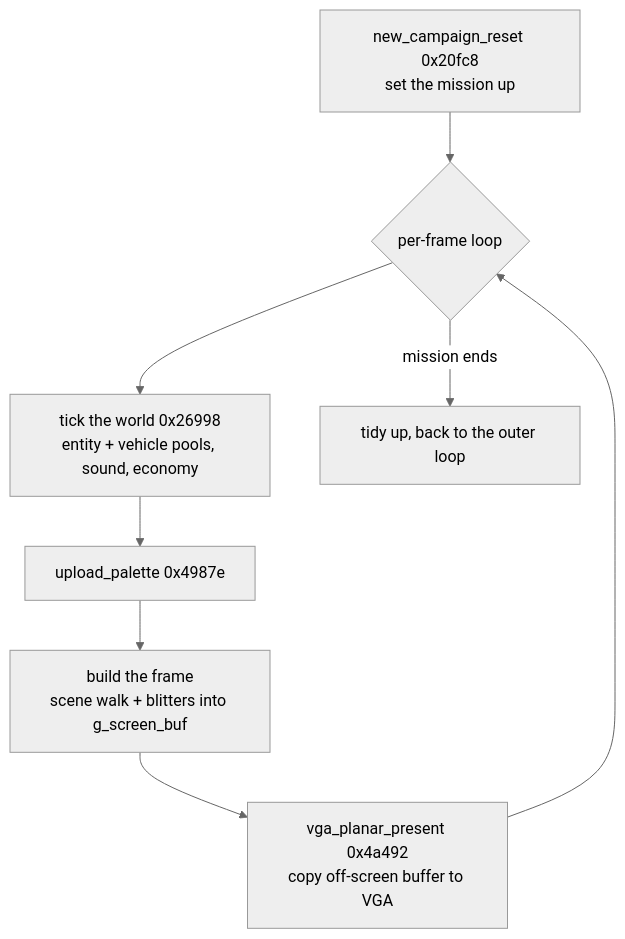
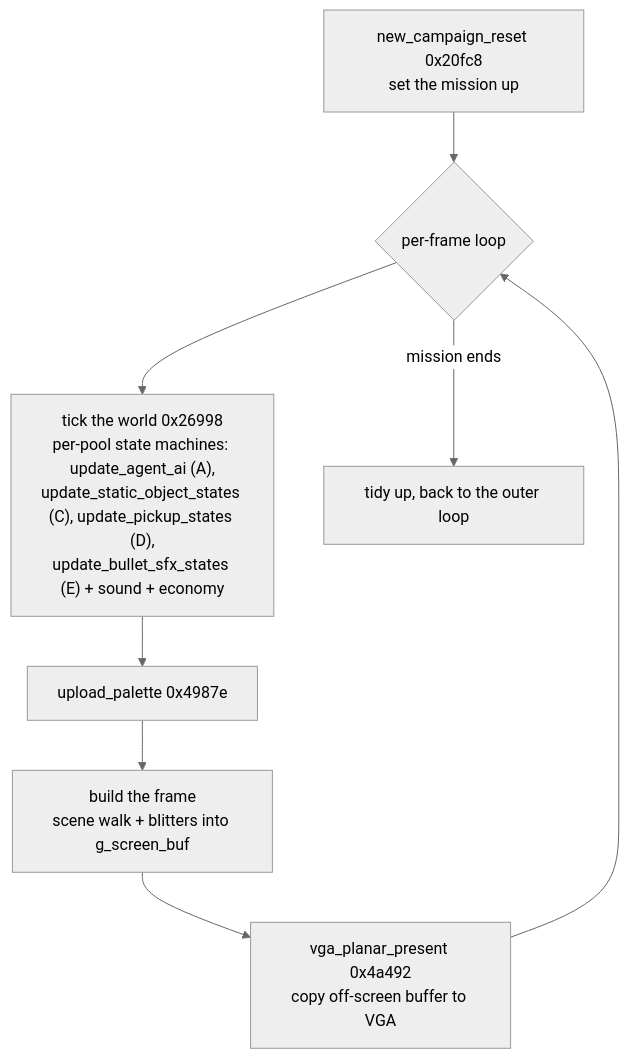
The second of 8 diagrams in docs/game-systems.md (WildPress/vibesynd), drawn with Mermaid (neutral theme) before and after one commit. The commit also changed other lines of this file and 4 other files, not shown here.

First line of the commit message:
docs: apply real names + write up the now-named core architecture

````diff
--- a/docs/game-systems.md
+++ b/docs/game-systems.md
@@ -66,10 +73,10 @@
 ```mermaid
 flowchart TD
     S["new_campaign_reset 0x20fc8<br/>set the mission up"] --> LOOP{"per-frame loop"}
-    LOOP --> UP["tick the world 0x26998<br/>entity + vehicle pools, sound, economy"]
+    LOOP --> UP["tick the world 0x26998<br/>per-pool state machines: update_agent_ai (A),<br/>update_static_object_states (C), update_pickup_states (D),<br/>update_bullet_sfx_states (E) + sound + economy"]
     UP --> PAL["upload_palette 0x4987e"]
     PAL --> DRAW["build the frame<br/>scene walk + blitters into g_screen_buf"]
     DRAW --> PRES["vga_planar_present 0x4a492<br/>copy off-screen buffer to VGA"]
     PRES --> LOOP
     LOOP -->|mission ends| OUT["tidy up, back to the outer loop"]
 ```
````
